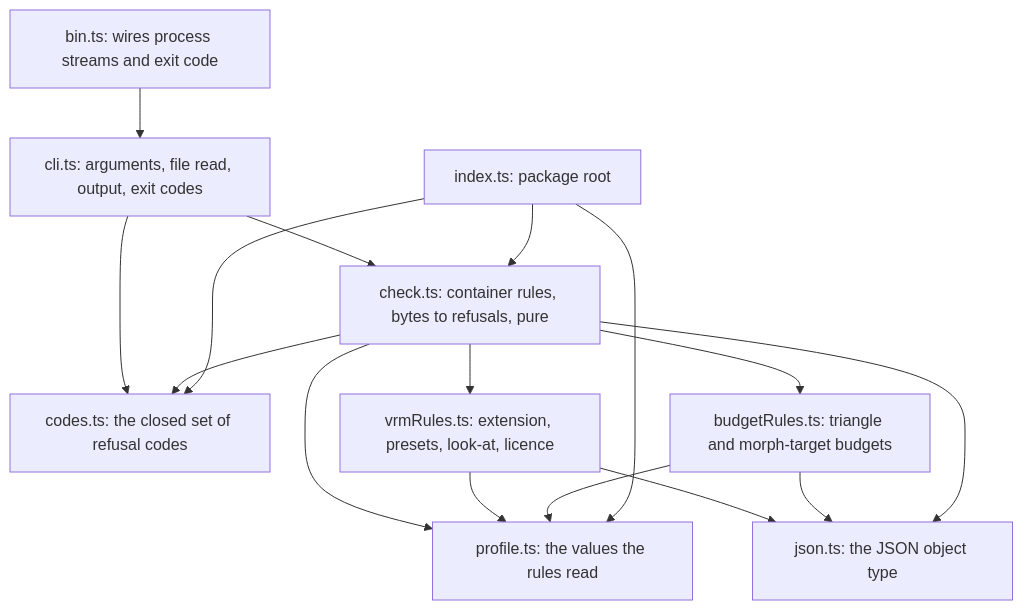
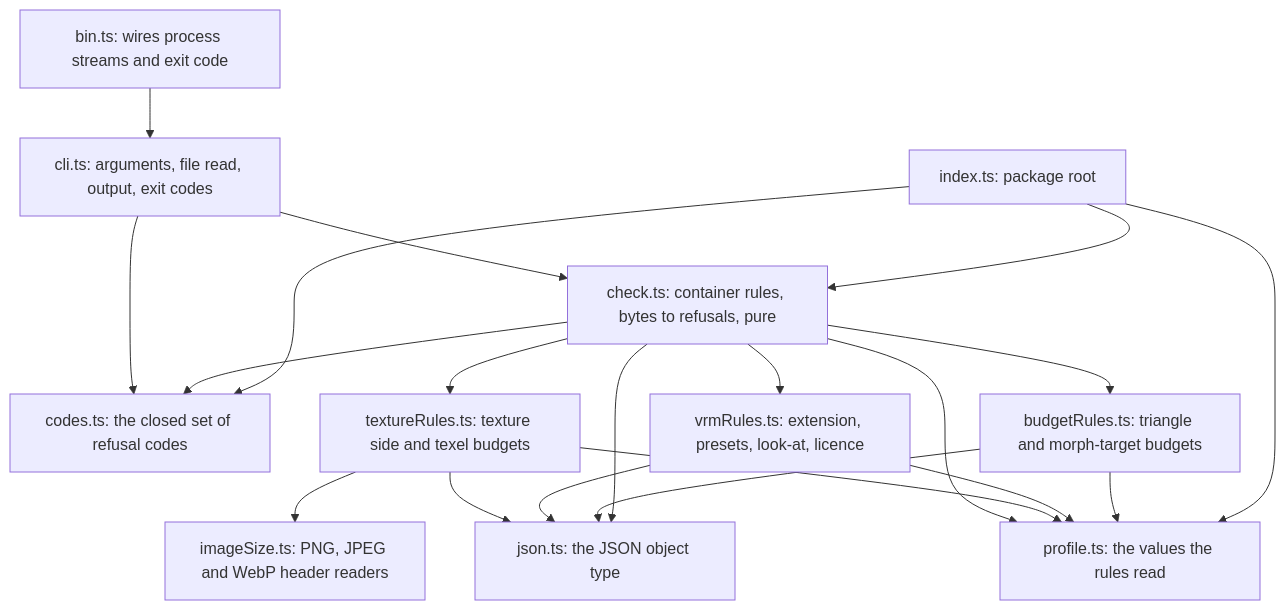
The second of 3 diagrams in docs/ARCHITECTURE.md (overnightworks/figure), drawn with Mermaid before and after one commit. The commit also changed other lines of this file and 10 other files, not shown here.

````diff
--- a/docs/ARCHITECTURE.md
+++ b/docs/ARCHITECTURE.md
@@ -23,21 +23,26 @@
 ```mermaid
 flowchart TD
     bin["bin.ts: wires process streams and exit code"] --> cli
     cli["cli.ts: arguments, file read, output, exit codes"] --> check
     cli --> codes
     check["check.ts: container rules, bytes to refusals, pure"] --> codes
     check --> profile
     check --> vrmRules
     check --> budgetRules
+    check --> textureRules
+    textureRules["textureRules.ts: texture side and texel budgets"] --> profile
+    textureRules --> json
+    textureRules --> imageSize
+    imageSize["imageSize.ts: PNG, JPEG and WebP header readers"]
     vrmRules["vrmRules.ts: extension, presets, look-at, licence"] --> profile
     budgetRules["budgetRules.ts: triangle and morph-target budgets"] --> profile
     vrmRules --> json
     budgetRules --> json
     check --> json
     json["json.ts: the JSON object type"]
     profile["profile.ts: the values the rules read"]
     codes["codes.ts: the closed set of refusal codes"]
     index["index.ts: package root"] --> check
     index --> profile
     index --> codes
 ```
````
